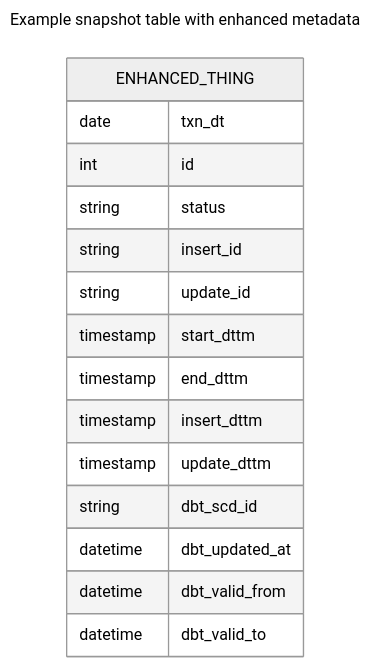
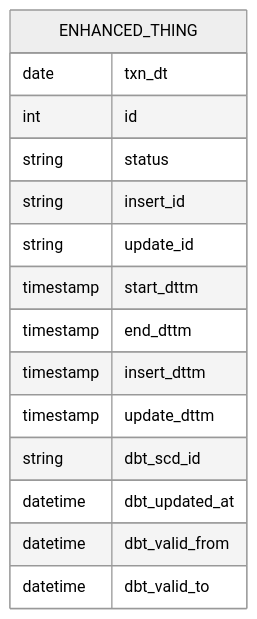
One commit to datwiz/dbt-snapshot-metadata changed the diagram in README.md. Above: the diagram before and after it, drawn with Mermaid (neutral theme). The commit also changed other lines of this file, not shown here.

````diff
--- a/README.md
+++ b/README.md
@@ -36,21 +18,18 @@
 ```mermaid
----
-title: Example snapshot table with enhanced metadata
----
 erDiagram
   ENHANCED_THING {
     date txn_dt
     int id
     string status
     string insert_id
     string update_id
     timestamp start_dttm
     timestamp end_dttm
     timestamp insert_dttm
     timestamp update_dttm
     string dbt_scd_id
     datetime dbt_updated_at
     datetime dbt_valid_from
     datetime dbt_valid_to
   }
 ```
````
